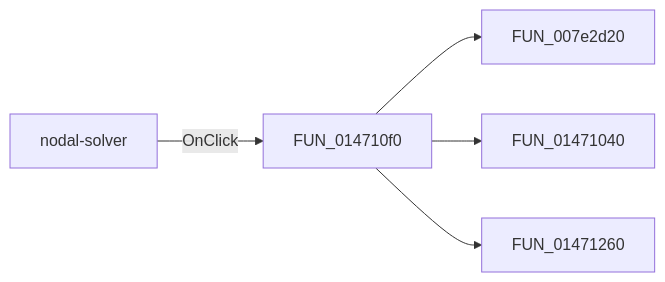
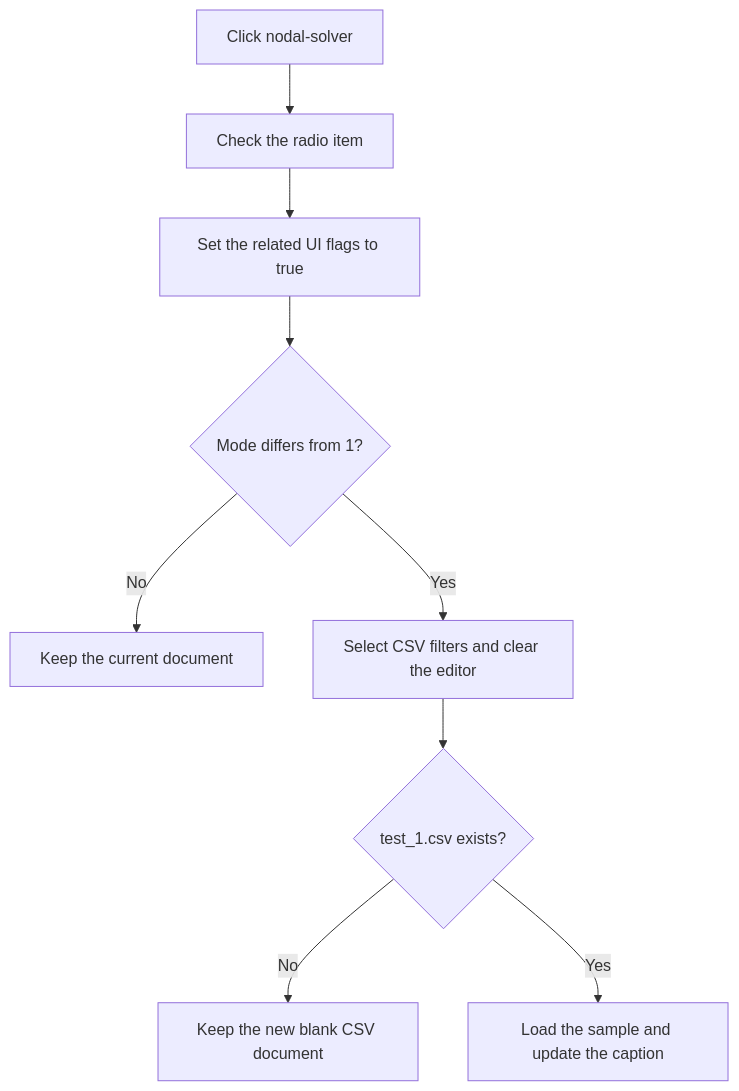
Before and after one commit to MovGP0/TIARA: the diagram in docs/ui-controls/pymainform/mnnodalsolver-5be3769fea.md, drawn with Mermaid. The commit also changed other lines of this file and 1062 other files, not shown here.

````diff
--- a/docs/ui-controls/pymainform/mnnodalsolver-5be3769fea.md
+++ b/docs/ui-controls/pymainform/mnnodalsolver-5be3769fea.md
@@ -27,7 +29,11 @@
 ```mermaid
-flowchart LR
-    control["nodal-solver"] -->|OnClick| handler["FUN_014710f0"]
-    handler --> call1["FUN_007e2d20"]
-    handler --> call2["FUN_01471040"]
-    handler --> call3["FUN_01471260"]
+flowchart TD
+    control["Click nodal-solver"] --> check["Check the radio item"]
+    check --> flags["Set the related UI flags to true"]
+    flags --> changed{"Mode differs from 1?"}
+    changed -->|No| noAction["Keep the current document"]
+    changed -->|Yes| configure["Select CSV filters and clear the editor"]
+    configure --> exists{"test_1.csv exists?"}
+    exists -->|No| blank["Keep the new blank CSV document"]
+    exists -->|Yes| sample["Load the sample and update the caption"]
 ```
````
